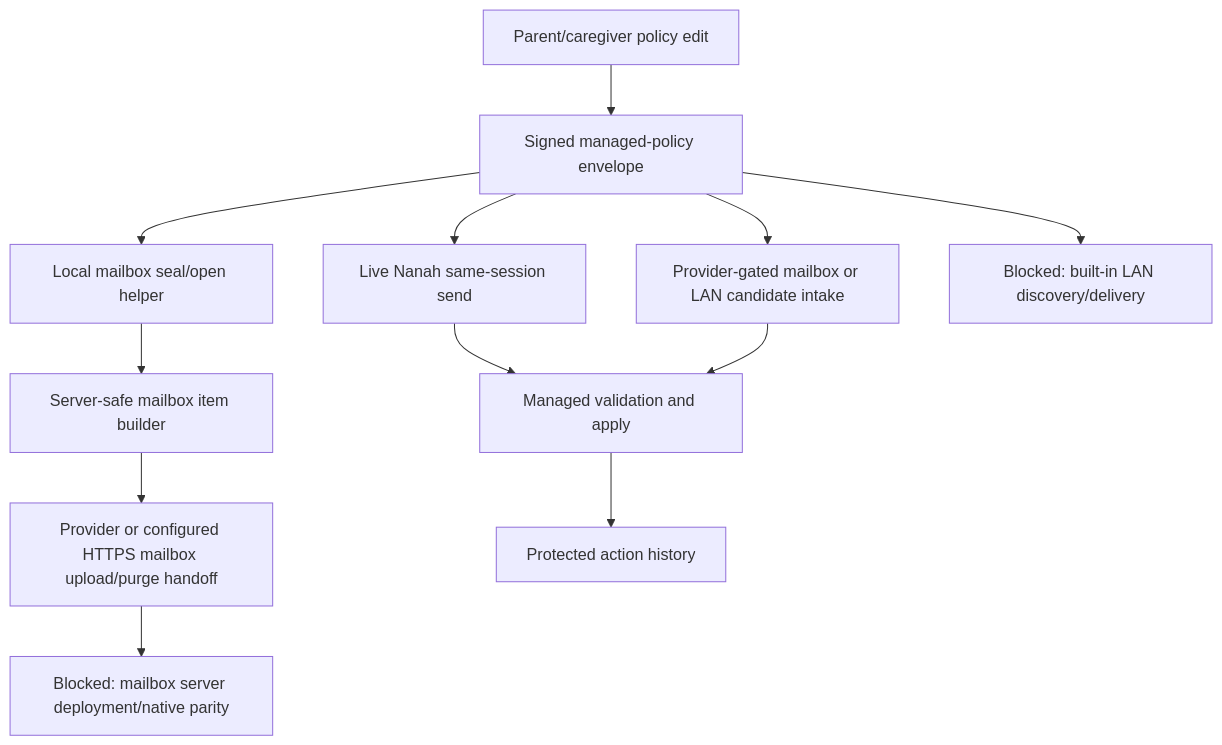
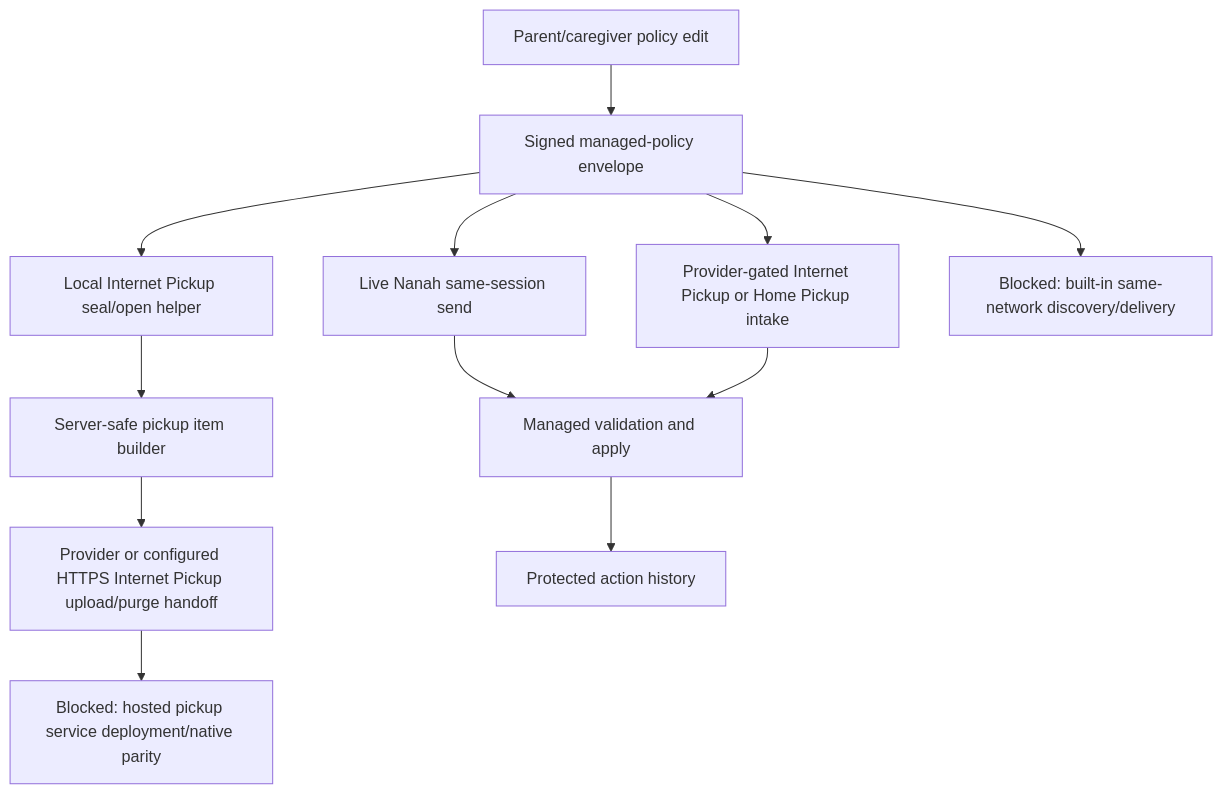
One commit to varshneydevansh/FilterTube changed the diagram in docs/audit/FILTERTUBE_NANAH_MANAGED_POLICY_REMOTE_DELIVERY_RELEASE_READINESS_GATE_2026-06-05.md. Above: the diagram before and after it, drawn with Mermaid. The commit also changed other lines of this file and 1 other file, not shown here.

Commit message:
Align remote delivery readiness wording

````diff
--- a/docs/audit/FILTERTUBE_NANAH_MANAGED_POLICY_REMOTE_DELIVERY_RELEASE_READINESS_GATE_2026-06-05.md
+++ b/docs/audit/FILTERTUBE_NANAH_MANAGED_POLICY_REMOTE_DELIVERY_RELEASE_READINESS_GATE_2026-06-05.md
@@ -56,14 +58,14 @@
 ```mermaid
 flowchart TD
   A["Parent/caregiver policy edit"] --> B["Signed managed-policy envelope"]
   B --> C["Live Nanah same-session send"]
-  B --> D["Local mailbox seal/open helper"]
-  D --> K["Server-safe mailbox item builder"]
-  K --> L["Provider or configured HTTPS mailbox upload/purge handoff"]
-  L --> I["Blocked: mailbox server deployment/native parity"]
-  B --> J["Provider-gated mailbox or LAN candidate intake"]
+  B --> D["Local Internet Pickup seal/open helper"]
+  D --> K["Server-safe pickup item builder"]
+  K --> L["Provider or configured HTTPS Internet Pickup upload/purge handoff"]
+  L --> I["Blocked: hosted pickup service deployment/native parity"]
+  B --> J["Provider-gated Internet Pickup or Home Pickup intake"]
   C --> E["Managed validation and apply"]
   J --> E
   E --> F["Protected action history"]
-  B --> G["Blocked: built-in LAN discovery/delivery"]
+  B --> G["Blocked: built-in same-network discovery/delivery"]
 ```
````
